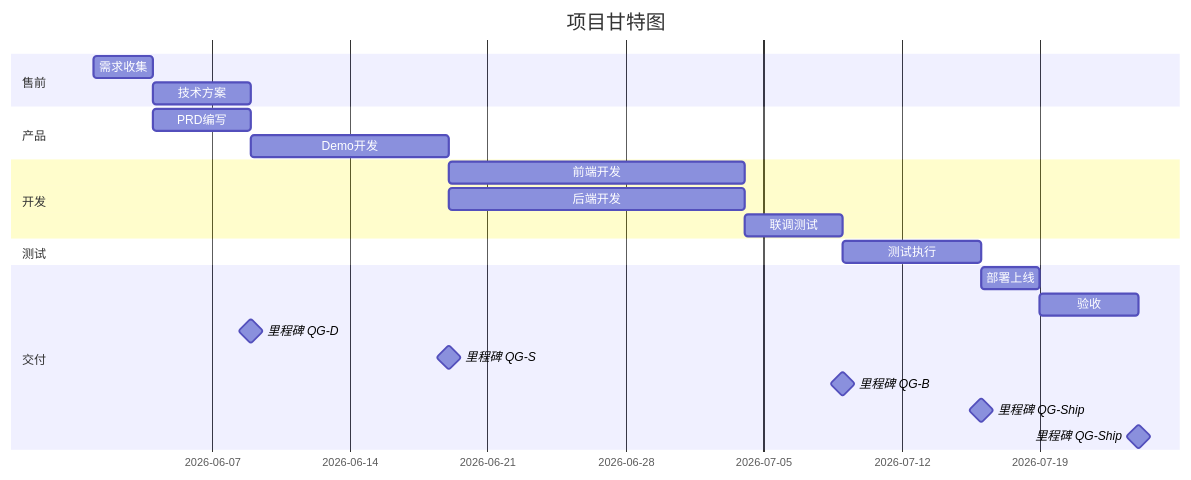
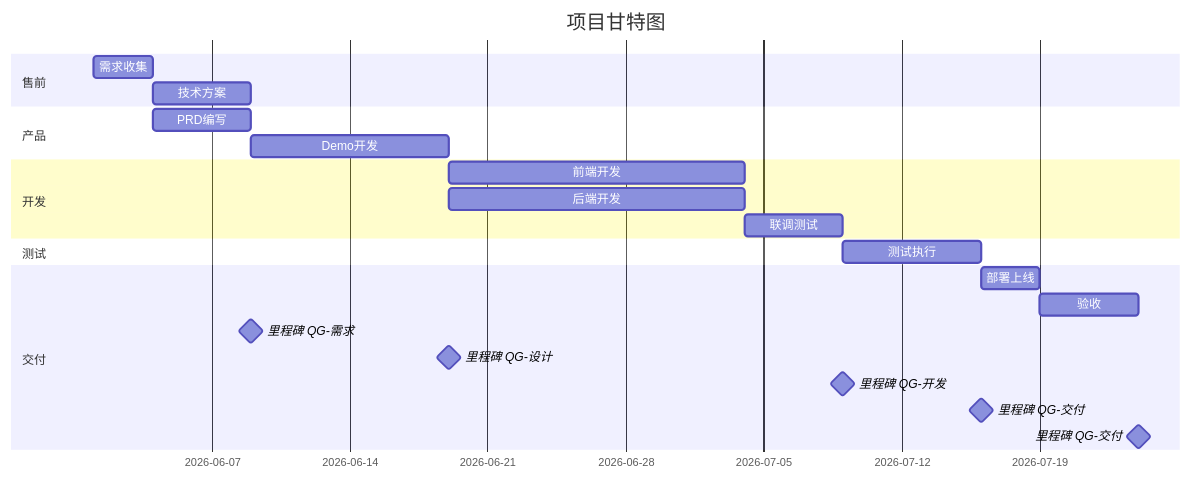
Before and after one commit to skyer-yun/ai-project-engineering: the diagram in 06-参考实现/copilots/project-copilot/workflows/project-plan-workflow.md, drawn with Mermaid. The commit also changed other lines of this file and 105 other files, not shown here.

````diff
--- a/06-参考实现/copilots/project-copilot/workflows/project-plan-workflow.md
+++ b/06-参考实现/copilots/project-copilot/workflows/project-plan-workflow.md
@@ -149,26 +149,26 @@
   ```mermaid
   gantt
     title 项目甘特图
     dateFormat YYYY-MM-DD
     section 售前
     需求收集       :a1, 2026-06-01, 3d
     技术方案       :a2, after a1, 5d
     section 产品
     PRD编写        :b1, after a1, 5d
     Demo开发       :b2, after b1, 10d
     section 开发
     前端开发       :c1, after b2, 15d
     后端开发       :c2, after b2, 15d
     联调测试       :c3, after c1, 5d
     section 测试
     测试执行       :d1, after c3, 7d
     section 交付
     部署上线       :e1, after d1, 3d
     验收           :e2, after e1, 5d
 
-    里程碑 QG-D    :milestone, after a2, 0d
-    里程碑 QG-S    :milestone, after b2, 0d
-    里程碑 QG-B    :milestone, after c3, 0d
-    里程碑 QG-Ship    :milestone, after d1, 0d
-    里程碑 QG-Ship    :milestone, after e2, 0d
+    里程碑 QG-需求    :milestone, after a2, 0d
+    里程碑 QG-设计    :milestone, after b2, 0d
+    里程碑 QG-开发    :milestone, after c3, 0d
+    里程碑 QG-交付    :milestone, after d1, 0d
+    里程碑 QG-交付    :milestone, after e2, 0d
   ```
````
